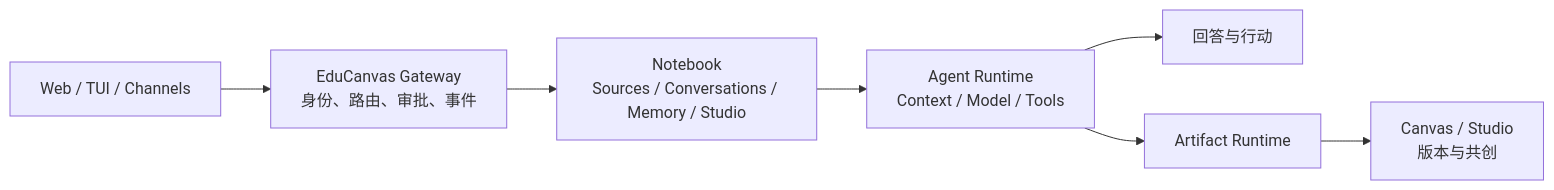
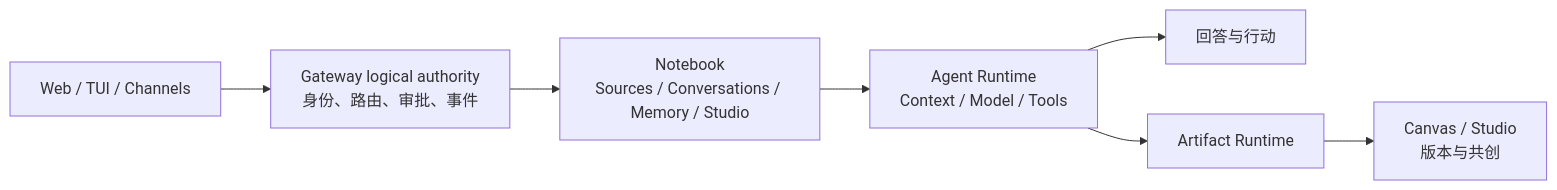
One commit to Timcai06/EduCanvas changed the first of 4 diagrams in README.md. Above: the diagram before and after it, drawn with Mermaid. The commit also changed other lines of this file and 21 other files, not shown here.

Commit message:
docs: clarify second generation architecture boundaries (#172)

````diff
--- a/README.md
+++ b/README.md
@@ -39,9 +39,9 @@
 ```mermaid
 flowchart LR
-    Surfaces[Web / TUI / Channels] --> Gateway[EduCanvas Gateway\n身份、路由、审批、事件]
+    Surfaces[Web / TUI / Channels] --> Gateway[Gateway logical authority\n身份、路由、审批、事件]
     Gateway --> Notebook[Notebook\nSources / Conversations / Memory / Studio]
     Notebook --> Agent[Agent Runtime\nContext / Model / Tools]
     Agent --> Answer[回答与行动]
     Agent --> Artifact[Artifact Runtime]
     Artifact --> Canvas[Canvas / Studio\n版本与共创]
 ```
````
